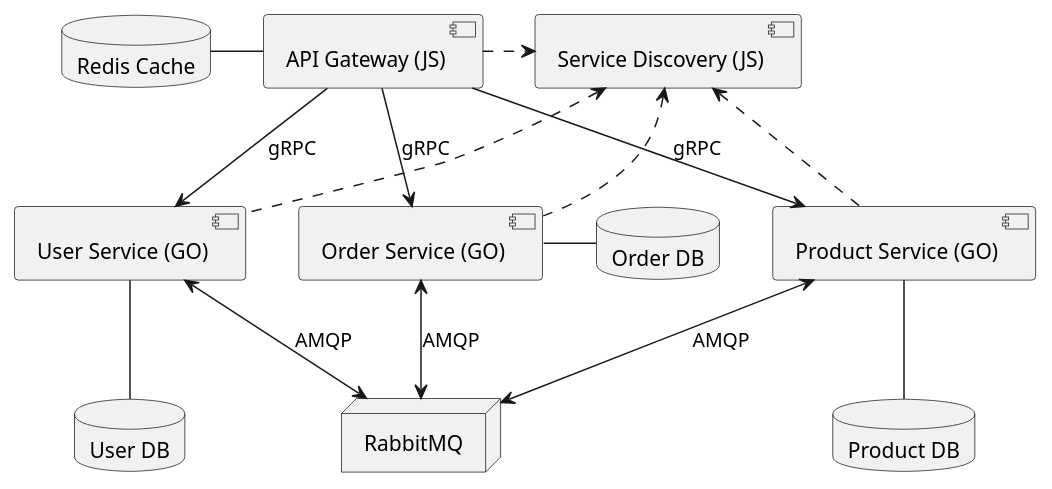
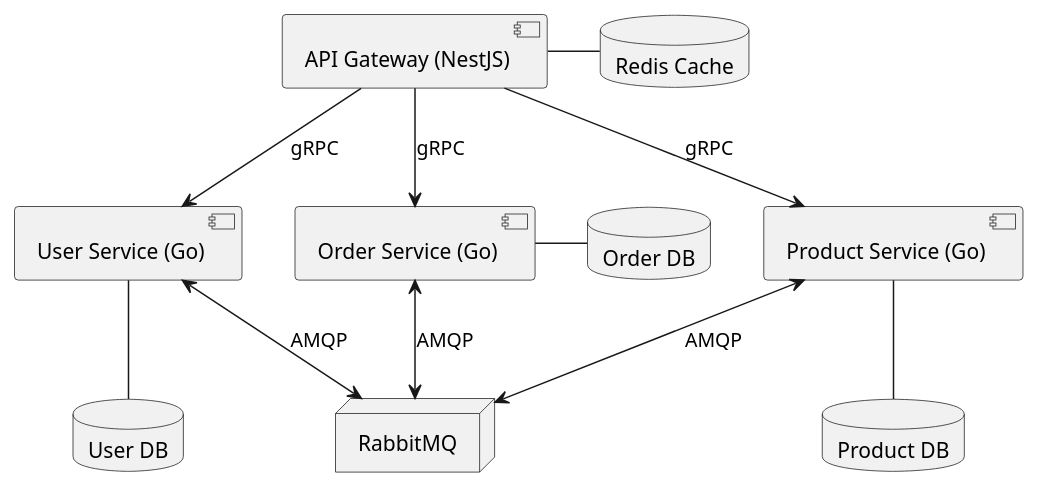
One commit to Marcel-MD/pad-labs changed the diagram in diagram.puml. Above: the diagram before and after it, drawn with PlantUML. The commit also changed 20 other files, not shown here.

```diff
--- a/diagram.puml
+++ b/diagram.puml
@@ -1,33 +1,27 @@
 @startuml
 
-[API Gateway (JS)] as AG
+[API Gateway (NestJS)] as AG
 database "Redis Cache" as RDB
-[Service Discovery (JS)] as SD
 node RabbitMQ as MQ
 
-[User Service (GO)] as US
+[User Service (Go)] as US
 database "User DB" as UDB
-[Product Service (GO)] as PS
+[Product Service (Go)] as PS
 database "Product DB" as PDB
-[Order Service (GO)] as OS
+[Order Service (Go)] as OS
 database "Order DB" as ODB
 
-AG -left- RDB
+AG -right- RDB
 AG --> US : gRPC
 AG --> PS : gRPC
 AG --> OS : gRPC
 
 US -down- UDB
 PS -down- PDB
 OS - ODB
 
 US <--> MQ : AMQP
 PS <--> MQ : AMQP
 OS <--> MQ : AMQP
 
-AG .> SD
-SD <.. US
-SD <.. PS
-SD <.. OS
-
 @enduml
```
